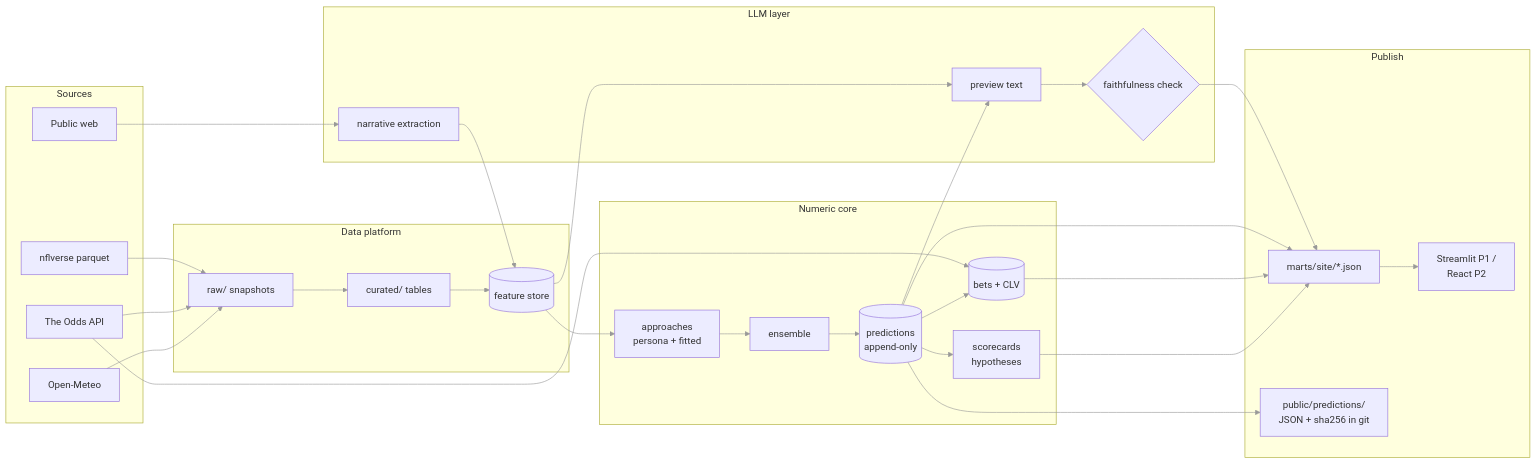
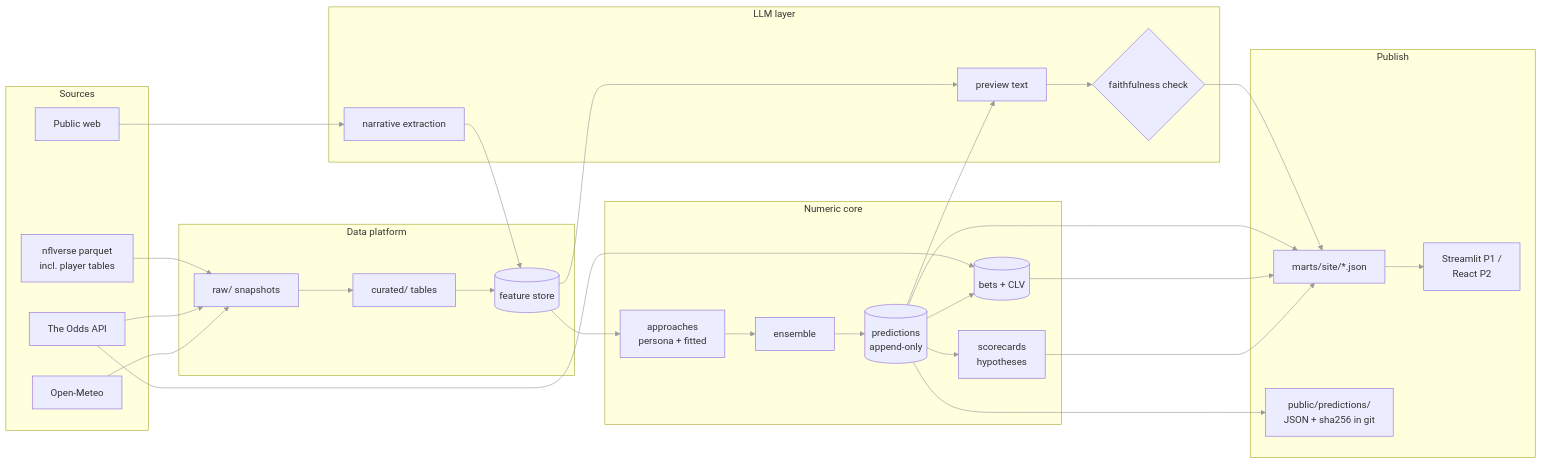
Before and after one commit to austin-chemelli/nfl-project: the first of 6 diagrams in docs/architecture.md, drawn with Mermaid. The commit also changed other lines of this file and 13 other files, not shown here.

````diff
--- a/docs/architecture.md
+++ b/docs/architecture.md
@@ -15,40 +15,40 @@
 ```mermaid
 %%{init: {'themeVariables': {'signalColor': '#999', 'signalTextColor': '#999', 'lineColor': '#999'}}}%%
 flowchart LR
     subgraph src[Sources]
-        NV[nflverse parquet]
+        NV[nflverse parquet<br/>incl. player tables]
         OA[The Odds API]
         OM[Open-Meteo]
         WEB[Public web]
     end
     subgraph data[Data platform]
         RAW[raw/ snapshots]
         CUR[curated/ tables]
         FS[(feature store)]
     end
     subgraph num[Numeric core]
         AP[approaches<br/>persona + fitted]
         ENS[ensemble]
         PRED[(predictions<br/>append-only)]
         LED[(bets + CLV)]
         SC[scorecards<br/>hypotheses]
     end
     subgraph llm[LLM layer]
         NAR[narrative extraction]
         PRE[preview text]
         FC{faithfulness check}
     end
     subgraph pub[Publish]
         JSON[marts/site/*.json]
         LOCK[public/predictions/<br/>JSON + sha256 in git]
         UI[Streamlit P1 /<br/>React P2]
     end
     NV & OA & OM --> RAW --> CUR --> FS
     WEB --> NAR --> FS
     FS --> AP --> ENS --> PRED
     OA --> LED
     PRED --> LED & SC
     FS & PRED --> PRE --> FC --> JSON
     PRED & LED & SC --> JSON --> UI
     PRED --> LOCK
 ```
````
